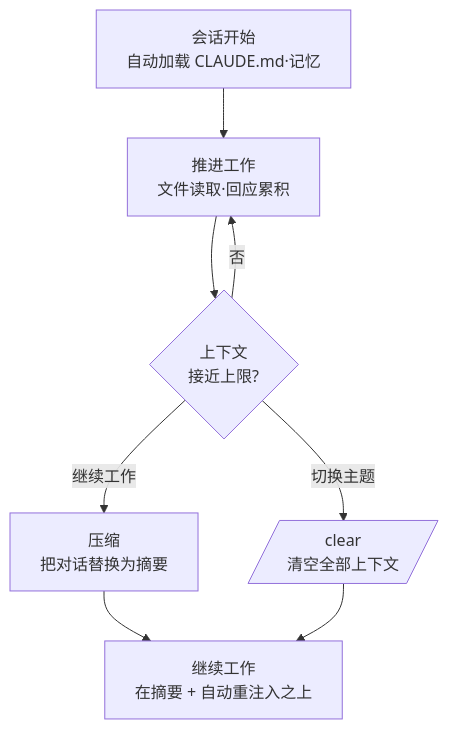
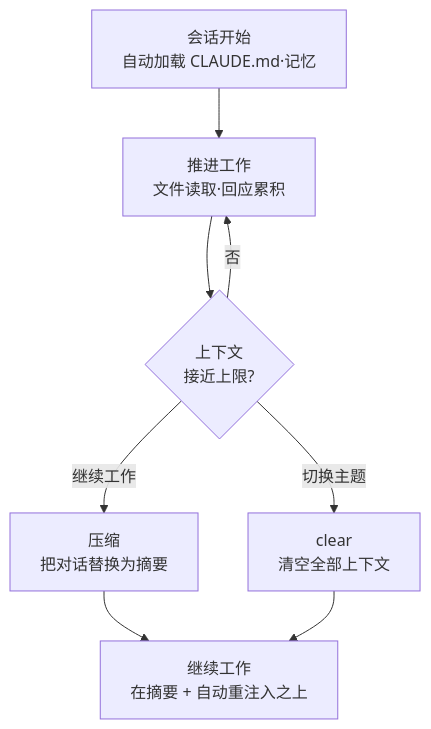
Before and after one commit to modu-ai/moai-adk: the diagram in docs-site/content/zh/claude-code/context-memory/context-window.md, drawn with Mermaid. The commit also changed 86 other files, not shown here.

First line of the commit message:
docs(ossdocs): v3.1.1 doc-gap landing — 13-page x4-locale + mermaid fixes + version sync + backend-mix

````diff
--- a/docs-site/content/zh/claude-code/context-memory/context-window.md
+++ b/docs-site/content/zh/claude-code/context-memory/context-window.md
@@ -99,10 +99,10 @@
 ```mermaid
 flowchart TD
     A[会话开始<br>自动加载 CLAUDE.md·记忆] --> B[推进工作<br>文件读取·回应累积]
     B --> C{上下文<br>接近上限?}
     C -->|否| B
     C -->|继续工作| D[压缩<br>把对话替换为摘要]
-    C -->|切换主题| E[/clear<br>清空全部上下文/]
+    C -->|切换主题| E["clear<br>清空全部上下文"]
     D --> F[继续工作<br>在摘要 + 自动重注入之上]
     E --> F
 ```
````
